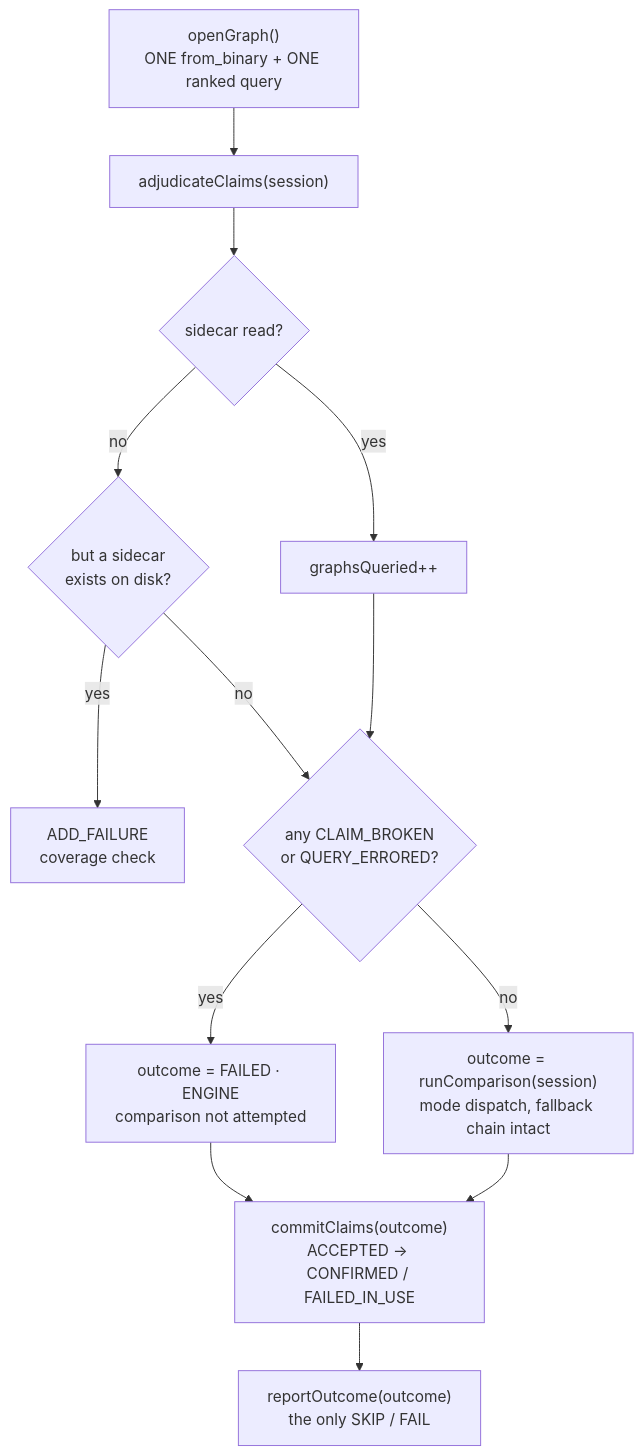
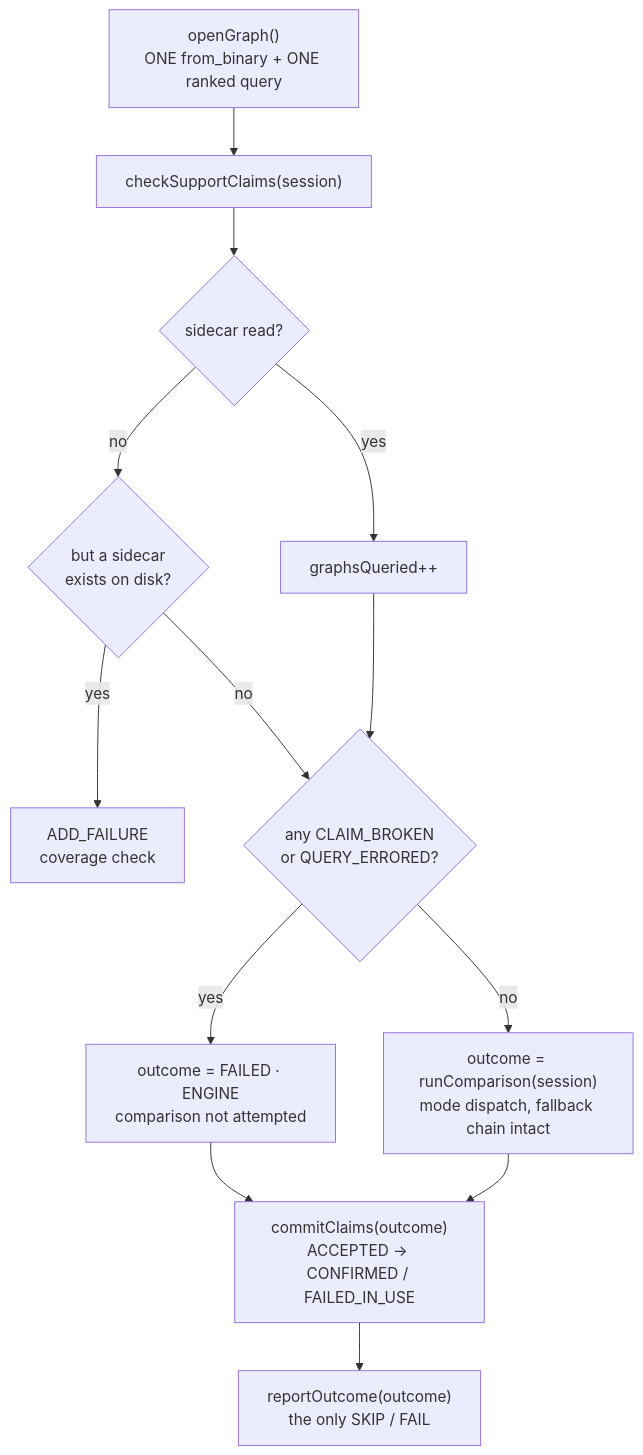
Before and after one commit to ROCm/rocm-libraries: the diagram in dnn-providers/integration-tests/docs/support-claim-enforcement.md, drawn with Mermaid. The commit also changed other lines of this file and 8 other files, not shown here.

First line of the commit message:
refactor(integration-tests): rename adjudicateClaims to checkSupportClaims

````diff
--- a/dnn-providers/integration-tests/docs/support-claim-enforcement.md
+++ b/dnn-providers/integration-tests/docs/support-claim-enforcement.md
@@ -118,15 +118,15 @@
 ```mermaid
 graph TD
-  Z["openGraph()<br/>ONE from_binary + ONE ranked query"] --> A["adjudicateClaims(session)"]
+  Z["openGraph()<br/>ONE from_binary + ONE ranked query"] --> A["checkSupportClaims(session)"]
   A --> B{"sidecar read?"}
   B -->|yes| C["graphsQueried++"]
   B -->|no| D{"but a sidecar<br/>exists on disk?"}
   D -->|yes| E["ADD_FAILURE<br/>coverage check"]
   D -->|no| F
   C --> F{"any CLAIM_BROKEN<br/>or QUERY_ERRORED?"}
   F -->|yes| G["outcome = FAILED · ENGINE<br/>comparison not attempted"]
   F -->|no| H["outcome = runComparison(session)<br/>mode dispatch, fallback chain intact"]
   G --> I["commitClaims(outcome)<br/>ACCEPTED → CONFIRMED / FAILED_IN_USE"]
   H --> I
   I --> J["reportOutcome(outcome)<br/>the only SKIP / FAIL"]
 ```
````
